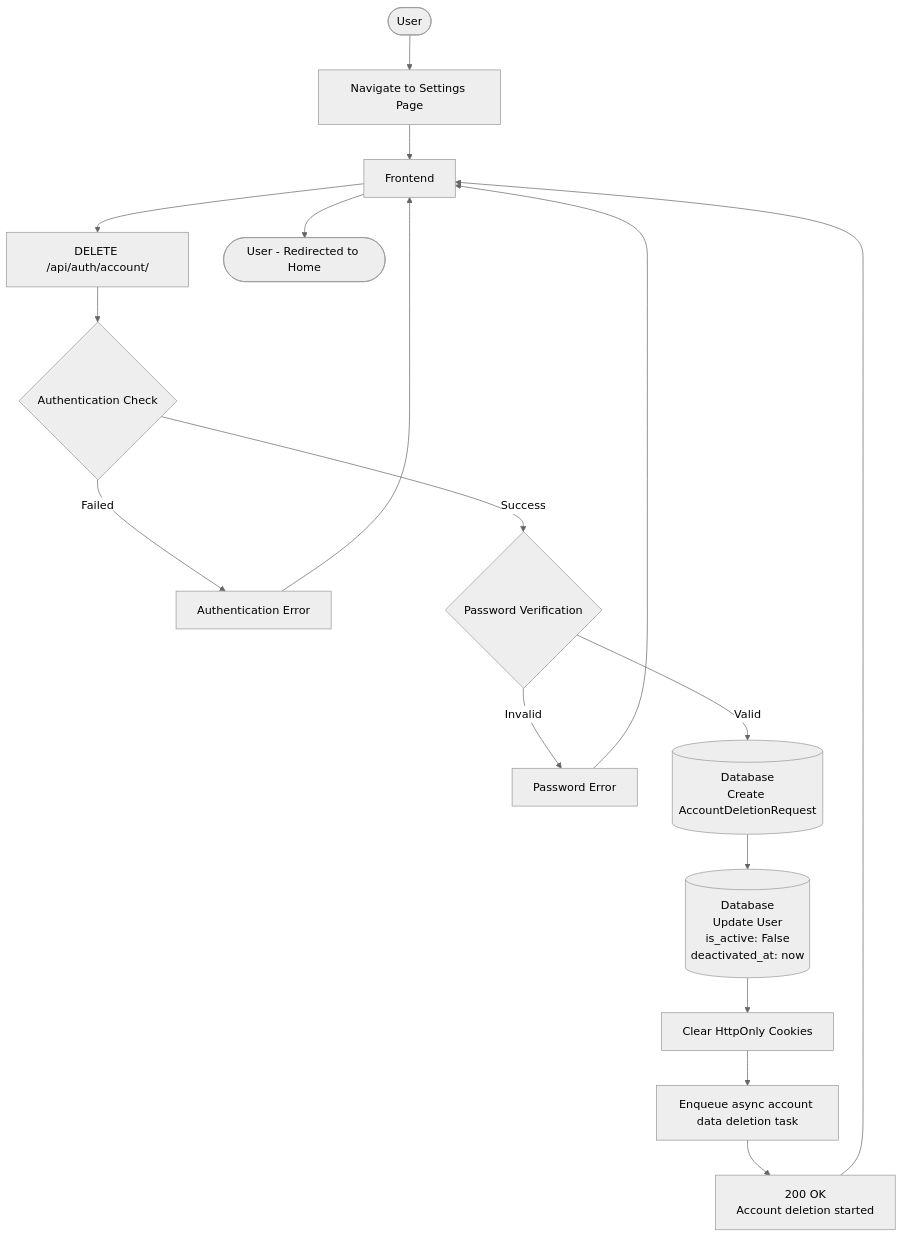
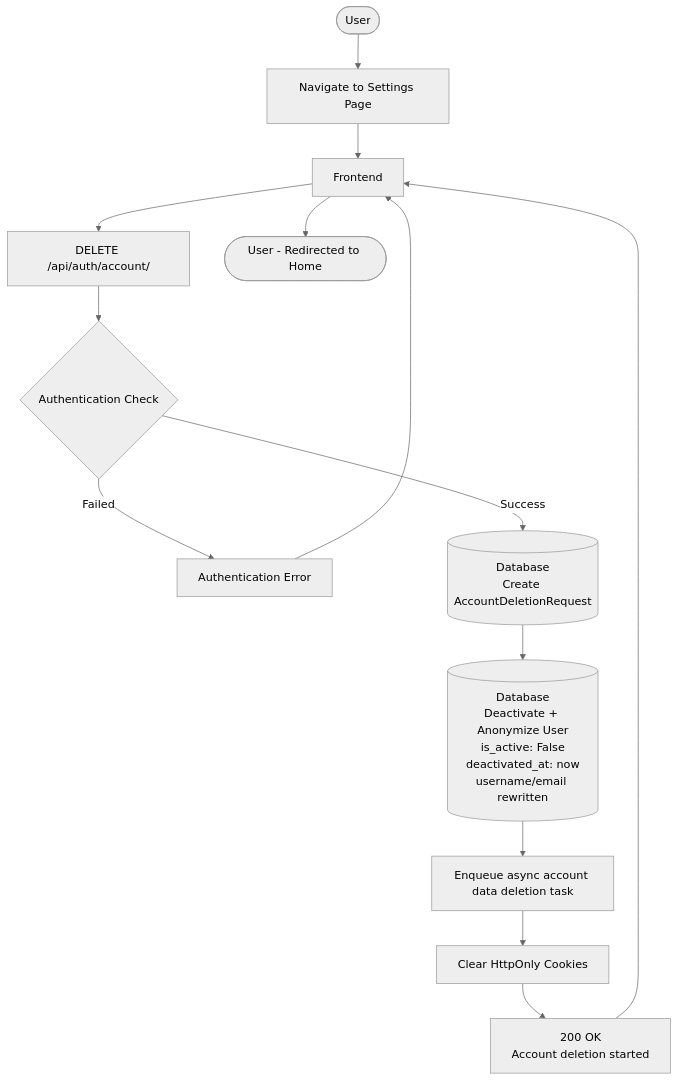
Before and after one commit to yukiharada1228/videoq: the seventh of 9 diagrams in docs/database/data-flow-diagram.md, drawn with Mermaid (neutral theme). The commit also changed other lines of this file and 9 other files, not shown here.

Commit message:
docs: sync diagrams with current implementation

````diff
--- a/docs/database/data-flow-diagram.md
+++ b/docs/database/data-flow-diagram.md
@@ -259,23 +263,19 @@
 ```mermaid
 flowchart TD
     Start([User]) --> Navigate[Navigate to Settings Page]
     Navigate --> Frontend[Frontend]
     Frontend --> API[DELETE /api/auth/account/]
     
     API --> Auth{Authentication Check}
     Auth -->|Failed| Error1[Authentication Error]
-    Auth -->|Success| ValidatePassword{Password Verification}
-    
-    ValidatePassword -->|Invalid| Error2[Password Error]
-    ValidatePassword -->|Valid| CreateRequest[(Database<br/>Create AccountDeletionRequest)]
-    
-    CreateRequest --> DeactivateUser[(Database<br/>Update User<br/>is_active: False<br/>deactivated_at: now)]
-    DeactivateUser --> ClearCookies[Clear HttpOnly Cookies]
-    ClearCookies --> EnqueueTask[Enqueue async account data deletion task]
-    EnqueueTask --> Response[200 OK<br/>Account deletion started]
+    Auth -->|Success| CreateRequest[(Database<br/>Create AccountDeletionRequest)]
+
+    CreateRequest --> DeactivateUser[(Database<br/>Deactivate + Anonymize User<br/>is_active: False<br/>deactivated_at: now<br/>username/email rewritten)]
+    DeactivateUser --> EnqueueTask[Enqueue async account data deletion task]
+    EnqueueTask --> ClearCookies[Clear HttpOnly Cookies]
+    ClearCookies --> Response[200 OK<br/>Account deletion started]
     Response --> Frontend
     Frontend --> End([User - Redirected to Home])
     
     Error1 --> Frontend
-    Error2 --> Frontend
 ```
````
